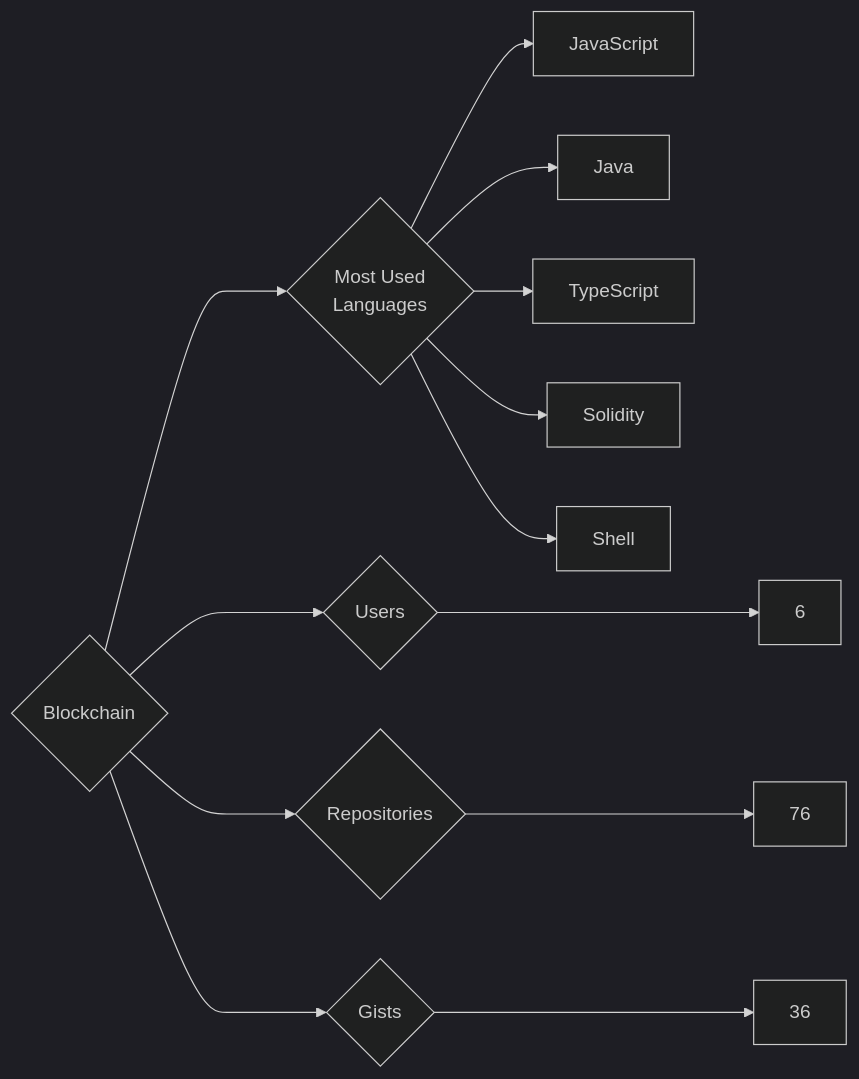
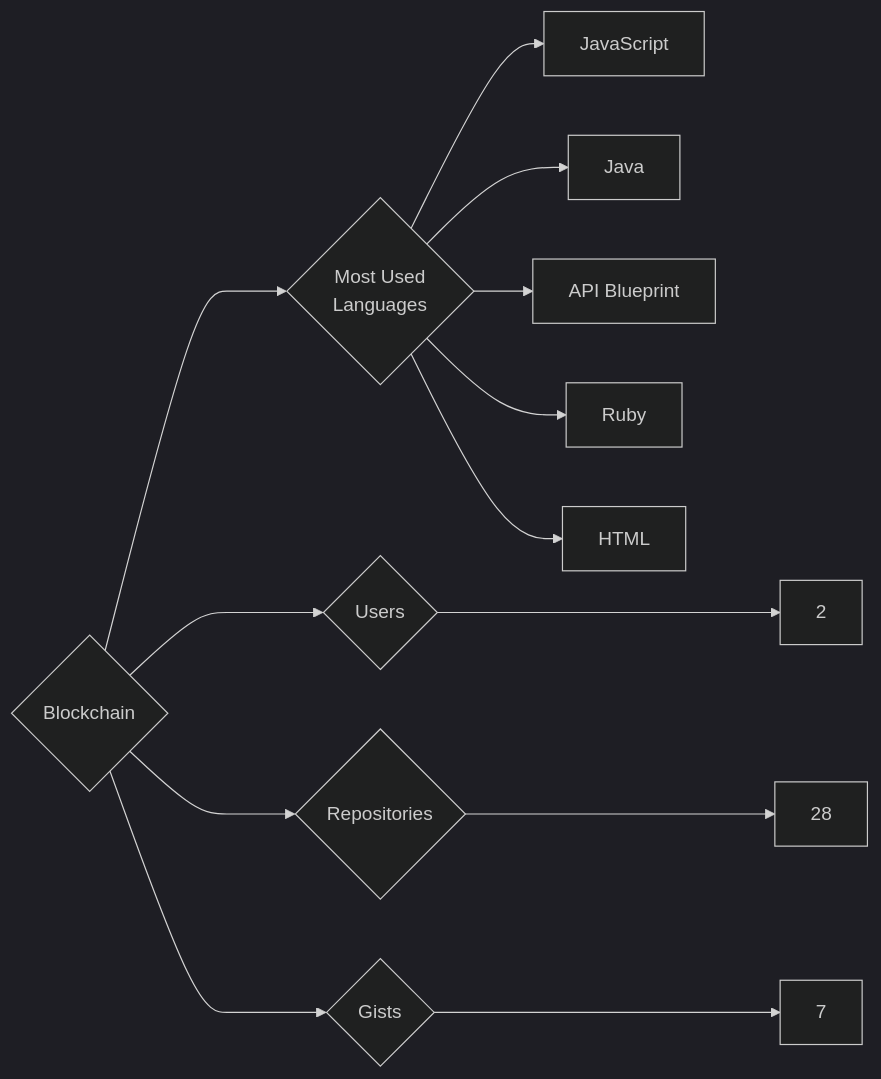
The diagram in targets/Blockchain/README.md (trickest/insiders), drawn with Mermaid (dark theme) before and after one commit. The commit also changed 815 other files, not shown here.

````diff
--- a/targets/Blockchain/README.md
+++ b/targets/Blockchain/README.md
@@ -3,13 +3,13 @@
 ```mermaid
 graph LR
 COMPANY_NAME{Blockchain}
-COMPANY_NAME ---> U{Users} ---> UN[6]
-COMPANY_NAME ---> R{Repositories} ---> RN[76]
-COMPANY_NAME ---> G{Gists} ---> GN[36]
+COMPANY_NAME ---> U{Users} ---> UN[2]
+COMPANY_NAME ---> R{Repositories} ---> RN[28]
+COMPANY_NAME ---> G{Gists} ---> GN[7]
 COMPANY_NAME ---> ML{Most Used<br>Languages}
 ML --> JavaScript[JavaScript]
 ML --> Java[Java]
-ML --> TypeScript[TypeScript]
-ML --> Solidity[Solidity]
-ML --> Shell[Shell]
+ML --> API_Blueprint[API Blueprint]
+ML --> Ruby[Ruby]
+ML --> HTML[HTML]
 ```
````
